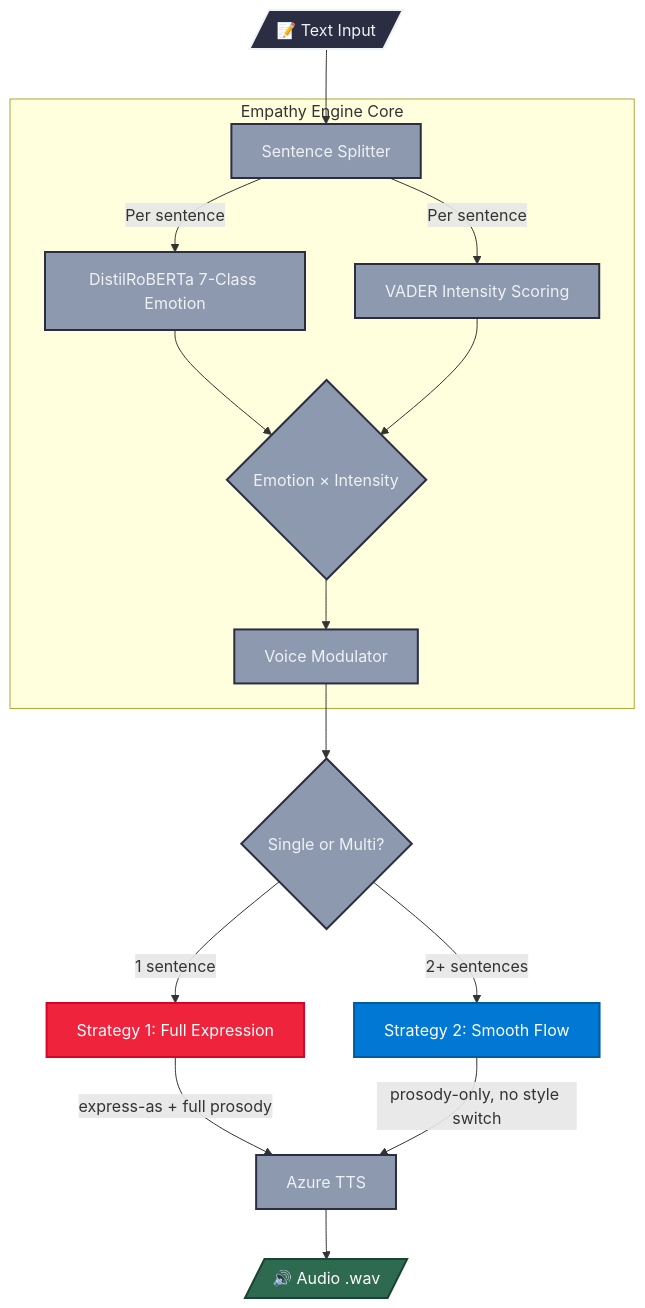
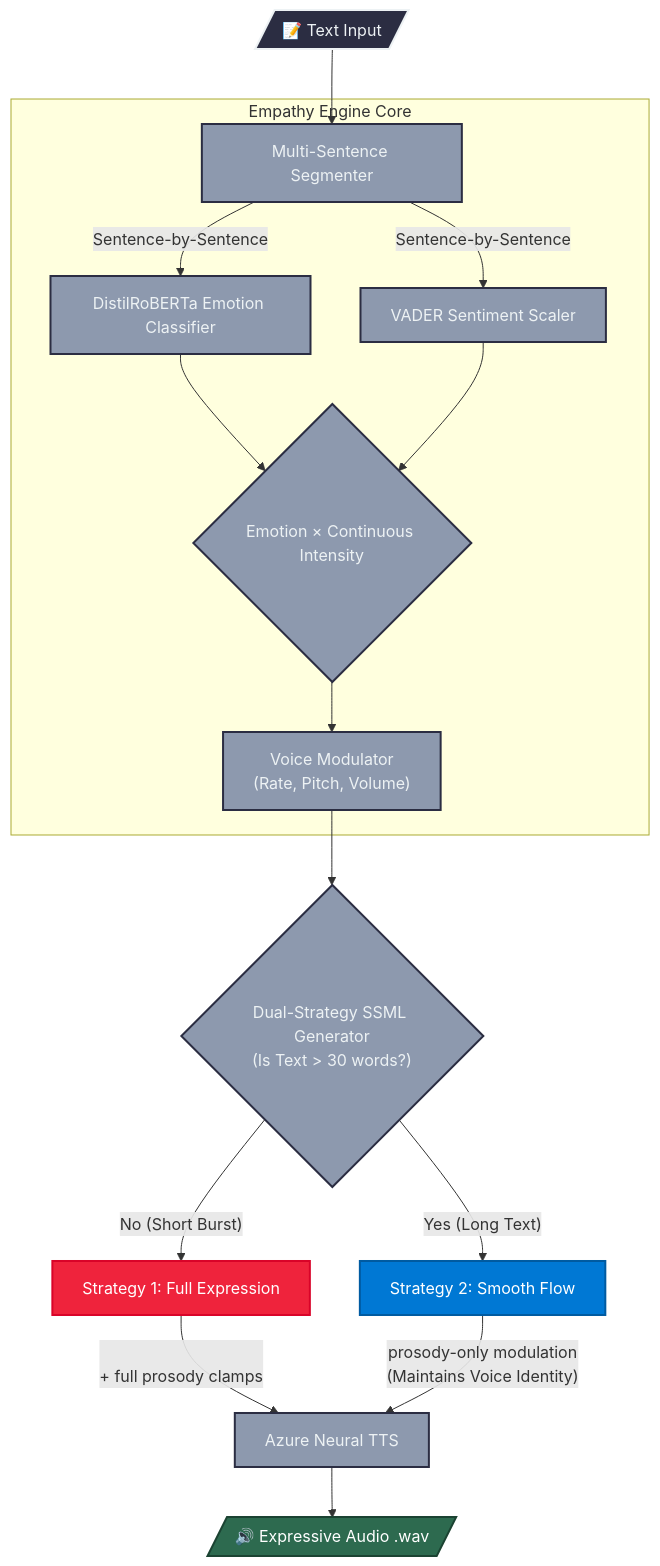
The diagram in README.md (kaustubhdeshmukh11/Empathy_Engine), drawn with Mermaid before and after one commit. The commit also changed other lines of this file, not shown here.

````diff
--- a/README.md
+++ b/README.md
@@ -31,27 +30,27 @@
 ```mermaid
 graph TD
     classDef input fill:#2b2d42,stroke:#edf2f4,stroke-width:2px,color:#edf2f4
     classDef process fill:#8d99ae,stroke:#2b2d42,stroke-width:2px,color:#edf2f4
     classDef single fill:#ef233c,stroke:#d90429,stroke-width:2px,color:#ffffff
     classDef multi fill:#0078D4,stroke:#005ba1,stroke-width:2px,color:#ffffff
     classDef output fill:#2d6a4f,stroke:#1b4332,stroke-width:2px,color:#ffffff
 
-    A[/"📝 Text Input"/]:::input --> B["Sentence Splitter"]:::process
+    A[/"📝 Text Input"/]:::input --> B["Multi-Sentence Segmenter"]:::process
     
     subgraph Empathy Engine Core
-        B -->|Per sentence| C["DistilRoBERTa 7-Class Emotion"]:::process
-        B -->|Per sentence| D["VADER Intensity Scoring"]:::process
-        C & D --> E{"Emotion × Intensity"}:::process
-        E --> F["Voice Modulator"]:::process
+        B -->|Sentence-by-Sentence| C["DistilRoBERTa Emotion Classifier"]:::process
+        B -->|Sentence-by-Sentence| D["VADER Sentiment Scaler"]:::process
+        C & D --> E{"Emotion × Continuous Intensity"}:::process
+        E --> F["Voice Modulator<br/>(Rate, Pitch, Volume)"]:::process
     end
 
-    F --> G{"Single or Multi?"}:::process
+    F --> G{"Dual-Strategy SSML Generator<br/>(Is Text > 30 words?)"}:::process
     
-    G -->|"1 sentence"| H["Strategy 1: Full Expression"]:::single
-    G -->|"2+ sentences"| I["Strategy 2: Smooth Flow"]:::multi
+    G -->|"No (Short Burst)"| H["Strategy 1: Full Expression"]:::single
+    G -->|"Yes (Long Text)"| I["Strategy 2: Smooth Flow"]:::multi
     
-    H -->|"express-as + full prosody"| J["Azure TTS"]:::process
-    I -->|"prosody-only, no style switch"| J
+    H -->|"<mstts:express-as><br/>+ full prosody clamps"| J["Azure Neural TTS"]:::process
+    I -->|"prosody-only modulation<br/>(Maintains Voice Identity)"| J
     
-    J --> K[/"🔊 Audio .wav"/]:::output
+    J --> K[/"🔊 Expressive Audio .wav"/]:::output
 ```
````
